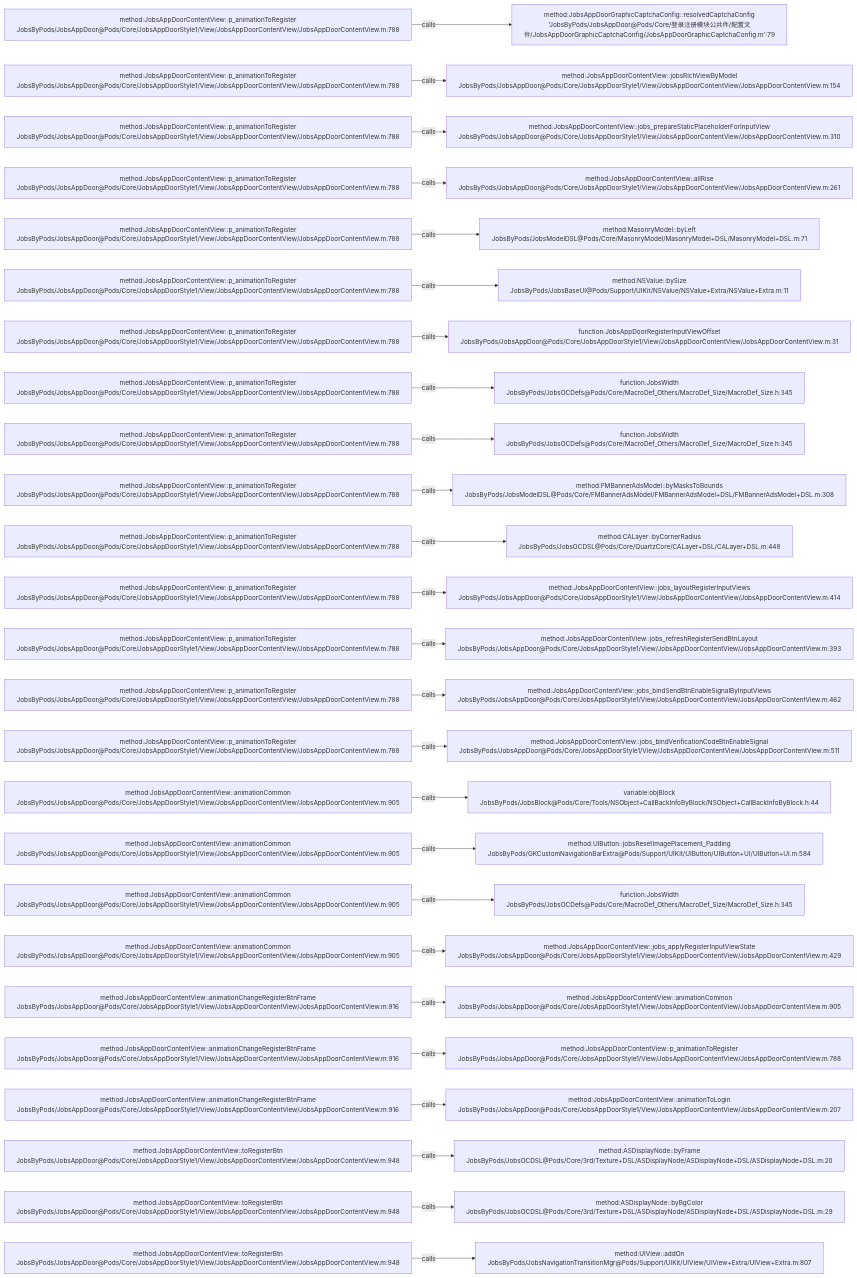
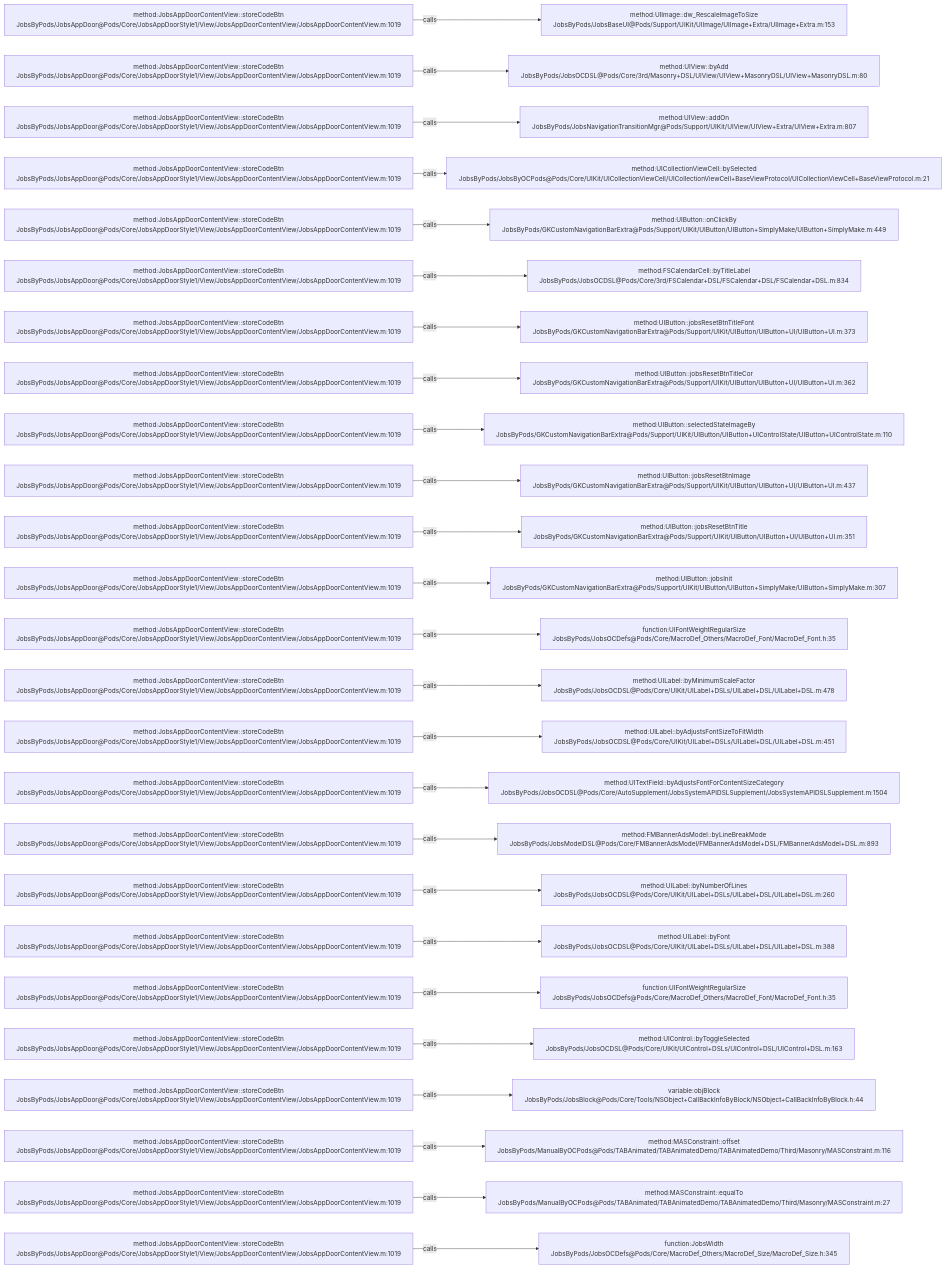
The diagram in .codegraph/codegraph.md/graphs/calls-099.md (JobsKits/JobsOCBaseConfigDemo), drawn with Mermaid before and after one commit. The commit also changed 223 other files, not shown here.

````diff
--- a/.codegraph/codegraph.md/graphs/calls-099.md
+++ b/.codegraph/codegraph.md/graphs/calls-099.md
@@ -13,78 +13,78 @@
 ```mermaid
 flowchart LR
-  S1["method:JobsAppDoorContentView::p_animationToRegister<br/>JobsByPods/JobsAppDoor@Pods/Core/JobsAppDoorStyle1/View/JobsAppDoorContentView/JobsAppDoorContentView.m:788"]
-  T1["method:JobsAppDoorGraphicCaptchaConfig::resolvedCaptchaConfig<br/>'JobsByPods/JobsAppDoor@Pods/Core/登录注册模块公共件/配置文件/JobsAppDoorGraphicCaptchaConfig/JobsAppDoorGraphicCaptchaConfig.m':79"]
+  S1["method:JobsAppDoorContentView::storeCodeBtn<br/>JobsByPods/JobsAppDoor@Pods/Core/JobsAppDoorStyle1/View/JobsAppDoorContentView/JobsAppDoorContentView.m:1019"]
+  T1["method:UIImage::dw_RescaleImageToSize<br/>JobsByPods/JobsBaseUI@Pods/Support/UIKit/UIImage/UIImage+Extra/UIImage+Extra.m:153"]
   S1 -->|calls| T1
-  S2["method:JobsAppDoorContentView::p_animationToRegister<br/>JobsByPods/JobsAppDoor@Pods/Core/JobsAppDoorStyle1/View/JobsAppDoorContentView/JobsAppDoorContentView.m:788"]
-  T2["method:JobsAppDoorContentView::jobsRichViewByModel<br/>JobsByPods/JobsAppDoor@Pods/Core/JobsAppDoorStyle1/View/JobsAppDoorContentView/JobsAppDoorContentView.m:154"]
+  S2["method:JobsAppDoorContentView::storeCodeBtn<br/>JobsByPods/JobsAppDoor@Pods/Core/JobsAppDoorStyle1/View/JobsAppDoorContentView/JobsAppDoorContentView.m:1019"]
+  T2["method:UIView::byAdd<br/>JobsByPods/JobsOCDSL@Pods/Core/3rd/Masonry+DSL/UIView/UIView+MasonryDSL/UIView+MasonryDSL.m:80"]
   S2 -->|calls| T2
-  S3["method:JobsAppDoorContentView::p_animationToRegister<br/>JobsByPods/JobsAppDoor@Pods/Core/JobsAppDoorStyle1/View/JobsAppDoorContentView/JobsAppDoorContentView.m:788"]
-  T3["method:JobsAppDoorContentView::jobs_prepareStaticPlaceholderForInputView<br/>JobsByPods/JobsAppDoor@Pods/Core/JobsAppDoorStyle1/View/JobsAppDoorContentView/JobsAppDoorContentView.m:310"]
+  S3["method:JobsAppDoorContentView::storeCodeBtn<br/>JobsByPods/JobsAppDoor@Pods/Core/JobsAppDoorStyle1/View/JobsAppDoorContentView/JobsAppDoorContentView.m:1019"]
+  T3["method:UIView::addOn<br/>JobsByPods/JobsNavigationTransitionMgr@Pods/Support/UIKit/UIView/UIView+Extra/UIView+Extra.m:807"]
   S3 -->|calls| T3
-  S4["method:JobsAppDoorContentView::p_animationToRegister<br/>JobsByPods/JobsAppDoor@Pods/Core/JobsAppDoorStyle1/View/JobsAppDoorContentView/JobsAppDoorContentView.m:788"]
-  T4["method:JobsAppDoorContentView::allRise<br/>JobsByPods/JobsAppDoor@Pods/Core/JobsAppDoorStyle1/View/JobsAppDoorContentView/JobsAppDoorContentView.m:261"]
+  S4["method:JobsAppDoorContentView::storeCodeBtn<br/>JobsByPods/JobsAppDoor@Pods/Core/JobsAppDoorStyle1/View/JobsAppDoorContentView/JobsAppDoorContentView.m:1019"]
+  T4["method:UICollectionViewCell::bySelected<br/>JobsByPods/JobsByOCPods@Pods/Core/UIKit/UICollectionViewCell/UICollectionViewCell+BaseViewProtocol/UICollectionViewCell+BaseViewProtocol.m:21"]
   S4 -->|calls| T4
-  S5["method:JobsAppDoorContentView::p_animationToRegister<br/>JobsByPods/JobsAppDoor@Pods/Core/JobsAppDoorStyle1/View/JobsAppDoorContentView/JobsAppDoorContentView.m:788"]
-  T5["method:MasonryModel::byLeft<br/>JobsByPods/JobsModelDSL@Pods/Core/MasonryModel/MasonryModel+DSL/MasonryModel+DSL.m:71"]
+  S5["method:JobsAppDoorContentView::storeCodeBtn<br/>JobsByPods/JobsAppDoor@Pods/Core/JobsAppDoorStyle1/View/JobsAppDoorContentView/JobsAppDoorContentView.m:1019"]
+  T5["method:UIButton::onClickBy<br/>JobsByPods/GKCustomNavigationBarExtra@Pods/Support/UIKit/UIButton/UIButton+SimplyMake/UIButton+SimplyMake.m:449"]
   S5 -->|calls| T5
-  S6["method:JobsAppDoorContentView::p_animationToRegister<br/>JobsByPods/JobsAppDoor@Pods/Core/JobsAppDoorStyle1/View/JobsAppDoorContentView/JobsAppDoorContentView.m:788"]
-  T6["method:NSValue::bySize<br/>JobsByPods/JobsBaseUI@Pods/Support/UIKit/NSValue/NSValue+Extra/NSValue+Extra.m:11"]
+  S6["method:JobsAppDoorContentView::storeCodeBtn<br/>JobsByPods/JobsAppDoor@Pods/Core/JobsAppDoorStyle1/View/JobsAppDoorContentView/JobsAppDoorContentView.m:1019"]
+  T6["method:FSCalendarCell::byTitleLabel<br/>JobsByPods/JobsOCDSL@Pods/Core/3rd/FSCalendar+DSL/FSCalendar+DSL/FSCalendar+DSL.m:834"]
   S6 -->|calls| T6
-  S7["method:JobsAppDoorContentView::p_animationToRegister<br/>JobsByPods/JobsAppDoor@Pods/Core/JobsAppDoorStyle1/View/JobsAppDoorContentView/JobsAppDoorContentView.m:788"]
-  T7["function:JobsAppDoorRegisterInputViewOffset<br/>JobsByPods/JobsAppDoor@Pods/Core/JobsAppDoorStyle1/View/JobsAppDoorContentView/JobsAppDoorContentView.m:31"]
+  S7["method:JobsAppDoorContentView::storeCodeBtn<br/>JobsByPods/JobsAppDoor@Pods/Core/JobsAppDoorStyle1/View/JobsAppDoorContentView/JobsAppDoorContentView.m:1019"]
+  T7["method:UIButton::jobsResetBtnTitleFont<br/>JobsByPods/GKCustomNavigationBarExtra@Pods/Support/UIKit/UIButton/UIButton+UI/UIButton+UI.m:373"]
   S7 -->|calls| T7
-  S8["method:JobsAppDoorContentView::p_animationToRegister<br/>JobsByPods/JobsAppDoor@Pods/Core/JobsAppDoorStyle1/View/JobsAppDoorContentView/JobsAppDoorContentView.m:788"]
-  T8["function:JobsWidth<br/>JobsByPods/JobsOCDefs@Pods/Core/MacroDef_Others/MacroDef_Size/MacroDef_Size.h:345"]
+  S8["method:JobsAppDoorContentView::storeCodeBtn<br/>JobsByPods/JobsAppDoor@Pods/Core/JobsAppDoorStyle1/View/JobsAppDoorContentView/JobsAppDoorContentView.m:1019"]
+  T8["method:UIButton::jobsResetBtnTitleCor<br/>JobsByPods/GKCustomNavigationBarExtra@Pods/Support/UIKit/UIButton/UIButton+UI/UIButton+UI.m:362"]
   S8 -->|calls| T8
-  S9["method:JobsAppDoorContentView::p_animationToRegister<br/>JobsByPods/JobsAppDoor@Pods/Core/JobsAppDoorStyle1/View/JobsAppDoorContentView/JobsAppDoorContentView.m:788"]
-  T9["function:JobsWidth<br/>JobsByPods/JobsOCDefs@Pods/Core/MacroDef_Others/MacroDef_Size/MacroDef_Size.h:345"]
+  S9["method:JobsAppDoorContentView::storeCodeBtn<br/>JobsByPods/JobsAppDoor@Pods/Core/JobsAppDoorStyle1/View/JobsAppDoorContentView/JobsAppDoorContentView.m:1019"]
+  T9["method:UIButton::selectedStateImageBy<br/>JobsByPods/GKCustomNavigationBarExtra@Pods/Support/UIKit/UIButton/UIButton+UIControlState/UIButton+UIControlState.m:110"]
   S9 -->|calls| T9
-  S10["method:JobsAppDoorContentView::p_animationToRegister<br/>JobsByPods/JobsAppDoor@Pods/Core/JobsAppDoorStyle1/View/JobsAppDoorContentView/JobsAppDoorContentView.m:788"]
-  T10["method:FMBannerAdsModel::byMasksToBounds<br/>JobsByPods/JobsModelDSL@Pods/Core/FMBannerAdsModel/FMBannerAdsModel+DSL/FMBannerAdsModel+DSL.m:308"]
+  S10["method:JobsAppDoorContentView::storeCodeBtn<br/>JobsByPods/JobsAppDoor@Pods/Core/JobsAppDoorStyle1/View/JobsAppDoorContentView/JobsAppDoorContentView.m:1019"]
+  T10["method:UIButton::jobsResetBtnImage<br/>JobsByPods/GKCustomNavigationBarExtra@Pods/Support/UIKit/UIButton/UIButton+UI/UIButton+UI.m:437"]
   S10 -->|calls| T10
-  S11["method:JobsAppDoorContentView::p_animationToRegister<br/>JobsByPods/JobsAppDoor@Pods/Core/JobsAppDoorStyle1/View/JobsAppDoorContentView/JobsAppDoorContentView.m:788"]
-  T11["method:CALayer::byCornerRadius<br/>JobsByPods/JobsOCDSL@Pods/Core/QuartzCore/CALayer+DSL/CALayer+DSL.m:448"]
+  S11["method:JobsAppDoorContentView::storeCodeBtn<br/>JobsByPods/JobsAppDoor@Pods/Core/JobsAppDoorStyle1/View/JobsAppDoorContentView/JobsAppDoorContentView.m:1019"]
+  T11["method:UIButton::jobsResetBtnTitle<br/>JobsByPods/GKCustomNavigationBarExtra@Pods/Support/UIKit/UIButton/UIButton+UI/UIButton+UI.m:351"]
   S11 -->|calls| T11
-  S12["method:JobsAppDoorContentView::p_animationToRegister<br/>JobsByPods/JobsAppDoor@Pods/Core/JobsAppDoorStyle1/View/JobsAppDoorContentView/JobsAppDoorContentView.m:788"]
-  T12["method:JobsAppDoorContentView::jobs_layoutRegisterInputViews<br/>JobsByPods/JobsAppDoor@Pods/Core/JobsAppDoorStyle1/View/JobsAppDoorContentView/JobsAppDoorContentView.m:414"]
+  S12["method:JobsAppDoorContentView::storeCodeBtn<br/>JobsByPods/JobsAppDoor@Pods/Core/JobsAppDoorStyle1/View/JobsAppDoorContentView/JobsAppDoorContentView.m:1019"]
+  T12["method:UIButton::jobsInit<br/>JobsByPods/GKCustomNavigationBarExtra@Pods/Support/UIKit/UIButton/UIButton+SimplyMake/UIButton+SimplyMake.m:307"]
   S12 -->|calls| T12
-  S13["method:JobsAppDoorContentView::p_animationToRegister<br/>JobsByPods/JobsAppDoor@Pods/Core/JobsAppDoorStyle1/View/JobsAppDoorContentView/JobsAppDoorContentView.m:788"]
-  T13["method:JobsAppDoorContentView::jobs_refreshRegisterSendBtnLayout<br/>JobsByPods/JobsAppDoor@Pods/Core/JobsAppDoorStyle1/View/JobsAppDoorContentView/JobsAppDoorContentView.m:393"]
+  S13["method:JobsAppDoorContentView::storeCodeBtn<br/>JobsByPods/JobsAppDoor@Pods/Core/JobsAppDoorStyle1/View/JobsAppDoorContentView/JobsAppDoorContentView.m:1019"]
+  T13["function:UIFontWeightRegularSize<br/>JobsByPods/JobsOCDefs@Pods/Core/MacroDef_Others/MacroDef_Font/MacroDef_Font.h:35"]
   S13 -->|calls| T13
-  S14["method:JobsAppDoorContentView::p_animationToRegister<br/>JobsByPods/JobsAppDoor@Pods/Core/JobsAppDoorStyle1/View/JobsAppDoorContentView/JobsAppDoorContentView.m:788"]
-  T14["method:JobsAppDoorContentView::jobs_bindSendBtnEnableSignalByInputViews<br/>JobsByPods/JobsAppDoor@Pods/Core/JobsAppDoorStyle1/View/JobsAppDoorContentView/JobsAppDoorContentView.m:462"]
+  S14["method:JobsAppDoorContentView::storeCodeBtn<br/>JobsByPods/JobsAppDoor@Pods/Core/JobsAppDoorStyle1/View/JobsAppDoorContentView/JobsAppDoorContentView.m:1019"]
+  T14["method:UILabel::byMinimumScaleFactor<br/>JobsByPods/JobsOCDSL@Pods/Core/UIKit/UILabel+DSLs/UILabel+DSL/UILabel+DSL.m:478"]
   S14 -->|calls| T14
-  S15["method:JobsAppDoorContentView::p_animationToRegister<br/>JobsByPods/JobsAppDoor@Pods/Core/JobsAppDoorStyle1/View/JobsAppDoorContentView/JobsAppDoorContentView.m:788"]
-  T15["method:JobsAppDoorContentView::jobs_bindVerificationCodeBtnEnableSignal<br/>JobsByPods/JobsAppDoor@Pods/Core/JobsAppDoorStyle1/View/JobsAppDoorContentView/JobsAppDoorContentView.m:511"]
+  S15["method:JobsAppDoorContentView::storeCodeBtn<br/>JobsByPods/JobsAppDoor@Pods/Core/JobsAppDoorStyle1/View/JobsAppDoorContentView/JobsAppDoorContentView.m:1019"]
+  T15["method:UILabel::byAdjustsFontSizeToFitWidth<br/>JobsByPods/JobsOCDSL@Pods/Core/UIKit/UILabel+DSLs/UILabel+DSL/UILabel+DSL.m:451"]
   S15 -->|calls| T15
-  S16["method:JobsAppDoorContentView::animationCommon<br/>JobsByPods/JobsAppDoor@Pods/Core/JobsAppDoorStyle1/View/JobsAppDoorContentView/JobsAppDoorContentView.m:905"]
-  T16["variable:objBlock<br/>JobsByPods/JobsBlock@Pods/Core/Tools/NSObject+CallBackInfoByBlock/NSObject+CallBackInfoByBlock.h:44"]
+  S16["method:JobsAppDoorContentView::storeCodeBtn<br/>JobsByPods/JobsAppDoor@Pods/Core/JobsAppDoorStyle1/View/JobsAppDoorContentView/JobsAppDoorContentView.m:1019"]
+  T16["method:UITextField::byAdjustsFontForContentSizeCategory<br/>JobsByPods/JobsOCDSL@Pods/Core/AutoSupplement/JobsSystemAPIDSLSupplement/JobsSystemAPIDSLSupplement.m:1504"]
   S16 -->|calls| T16
-  S17["method:JobsAppDoorContentView::animationCommon<br/>JobsByPods/JobsAppDoor@Pods/Core/JobsAppDoorStyle1/View/JobsAppDoorContentView/JobsAppDoorContentView.m:905"]
-  T17["method:UIButton::jobsResetImagePlacement_Padding<br/>JobsByPods/GKCustomNavigationBarExtra@Pods/Support/UIKit/UIButton/UIButton+UI/UIButton+UI.m:584"]
+  S17["method:JobsAppDoorContentView::storeCodeBtn<br/>JobsByPods/JobsAppDoor@Pods/Core/JobsAppDoorStyle1/View/JobsAppDoorContentView/JobsAppDoorContentView.m:1019"]
+  T17["method:FMBannerAdsModel::byLineBreakMode<br/>JobsByPods/JobsModelDSL@Pods/Core/FMBannerAdsModel/FMBannerAdsModel+DSL/FMBannerAdsModel+DSL.m:893"]
   S17 -->|calls| T17
-  S18["method:JobsAppDoorContentView::animationCommon<br/>JobsByPods/JobsAppDoor@Pods/Core/JobsAppDoorStyle1/View/JobsAppDoorContentView/JobsAppDoorContentView.m:905"]
-  T18["function:JobsWidth<br/>JobsByPods/JobsOCDefs@Pods/Core/MacroDef_Others/MacroDef_Size/MacroDef_Size.h:345"]
+  S18["method:JobsAppDoorContentView::storeCodeBtn<br/>JobsByPods/JobsAppDoor@Pods/Core/JobsAppDoorStyle1/View/JobsAppDoorContentView/JobsAppDoorContentView.m:1019"]
+  T18["method:UILabel::byNumberOfLines<br/>JobsByPods/JobsOCDSL@Pods/Core/UIKit/UILabel+DSLs/UILabel+DSL/UILabel+DSL.m:260"]
   S18 -->|calls| T18
-  S19["method:JobsAppDoorContentView::animationCommon<br/>JobsByPods/JobsAppDoor@Pods/Core/JobsAppDoorStyle1/View/JobsAppDoorContentView/JobsAppDoorContentView.m:905"]
-  T19["method:JobsAppDoorContentView::jobs_applyRegisterInputViewState<br/>JobsByPods/JobsAppDoor@Pods/Core/JobsAppDoorStyle1/View/JobsAppDoorContentView/JobsAppDoorContentView.m:429"]
+  S19["method:JobsAppDoorContentView::storeCodeBtn<br/>JobsByPods/JobsAppDoor@Pods/Core/JobsAppDoorStyle1/View/JobsAppDoorContentView/JobsAppDoorContentView.m:1019"]
+  T19["method:UILabel::byFont<br/>JobsByPods/JobsOCDSL@Pods/Core/UIKit/UILabel+DSLs/UILabel+DSL/UILabel+DSL.m:388"]
   S19 -->|calls| T19
-  S20["method:JobsAppDoorContentView::animationChangeRegisterBtnFrame<br/>JobsByPods/JobsAppDoor@Pods/Core/JobsAppDoorStyle1/View/JobsAppDoorContentView/JobsAppDoorContentView.m:916"]
-  T20["method:JobsAppDoorContentView::animationCommon<br/>JobsByPods/JobsAppDoor@Pods/Core/JobsAppDoorStyle1/View/JobsAppDoorContentView/JobsAppDoorContentView.m:905"]
+  S20["method:JobsAppDoorContentView::storeCodeBtn<br/>JobsByPods/JobsAppDoor@Pods/Core/JobsAppDoorStyle1/View/JobsAppDoorContentView/JobsAppDoorContentView.m:1019"]
+  T20["function:UIFontWeightRegularSize<br/>JobsByPods/JobsOCDefs@Pods/Core/MacroDef_Others/MacroDef_Font/MacroDef_Font.h:35"]
   S20 -->|calls| T20
-  S21["method:JobsAppDoorContentView::animationChangeRegisterBtnFrame<br/>JobsByPods/JobsAppDoor@Pods/Core/JobsAppDoorStyle1/View/JobsAppDoorContentView/JobsAppDoorContentView.m:916"]
-  T21["method:JobsAppDoorContentView::p_animationToRegister<br/>JobsByPods/JobsAppDoor@Pods/Core/JobsAppDoorStyle1/View/JobsAppDoorContentView/JobsAppDoorContentView.m:788"]
+  S21["method:JobsAppDoorContentView::storeCodeBtn<br/>JobsByPods/JobsAppDoor@Pods/Core/JobsAppDoorStyle1/View/JobsAppDoorContentView/JobsAppDoorContentView.m:1019"]
+  T21["method:UIControl::byToggleSelected<br/>JobsByPods/JobsOCDSL@Pods/Core/UIKit/UIControl+DSLs/UIControl+DSL/UIControl+DSL.m:163"]
   S21 -->|calls| T21
-  S22["method:JobsAppDoorContentView::animationChangeRegisterBtnFrame<br/>JobsByPods/JobsAppDoor@Pods/Core/JobsAppDoorStyle1/View/JobsAppDoorContentView/JobsAppDoorContentView.m:916"]
-  T22["method:JobsAppDoorContentView::animationToLogin<br/>JobsByPods/JobsAppDoor@Pods/Core/JobsAppDoorStyle1/View/JobsAppDoorContentView/JobsAppDoorContentView.m:207"]
+  S22["method:JobsAppDoorContentView::storeCodeBtn<br/>JobsByPods/JobsAppDoor@Pods/Core/JobsAppDoorStyle1/View/JobsAppDoorContentView/JobsAppDoorContentView.m:1019"]
+  T22["variable:objBlock<br/>JobsByPods/JobsBlock@Pods/Core/Tools/NSObject+CallBackInfoByBlock/NSObject+CallBackInfoByBlock.h:44"]
   S22 -->|calls| T22
-  S23["method:JobsAppDoorContentView::toRegisterBtn<br/>JobsByPods/JobsAppDoor@Pods/Core/JobsAppDoorStyle1/View/JobsAppDoorContentView/JobsAppDoorContentView.m:948"]
-  T23["method:ASDisplayNode::byFrame<br/>JobsByPods/JobsOCDSL@Pods/Core/3rd/Texture+DSL/ASDisplayNode/ASDisplayNode+DSL/ASDisplayNode+DSL.m:20"]
+  S23["method:JobsAppDoorContentView::storeCodeBtn<br/>JobsByPods/JobsAppDoor@Pods/Core/JobsAppDoorStyle1/View/JobsAppDoorContentView/JobsAppDoorContentView.m:1019"]
+  T23["method:MASConstraint::offset<br/>JobsByPods/ManualByOCPods@Pods/TABAnimated/TABAnimatedDemo/TABAnimatedDemo/Third/Masonry/MASConstraint.m:116"]
   S23 -->|calls| T23
-  S24["method:JobsAppDoorContentView::toRegisterBtn<br/>JobsByPods/JobsAppDoor@Pods/Core/JobsAppDoorStyle1/View/JobsAppDoorContentView/JobsAppDoorContentView.m:948"]
-  T24["method:ASDisplayNode::byBgColor<br/>JobsByPods/JobsOCDSL@Pods/Core/3rd/Texture+DSL/ASDisplayNode/ASDisplayNode+DSL/ASDisplayNode+DSL.m:29"]
+  S24["method:JobsAppDoorContentView::storeCodeBtn<br/>JobsByPods/JobsAppDoor@Pods/Core/JobsAppDoorStyle1/View/JobsAppDoorContentView/JobsAppDoorContentView.m:1019"]
+  T24["method:MASConstraint::equalTo<br/>JobsByPods/ManualByOCPods@Pods/TABAnimated/TABAnimatedDemo/TABAnimatedDemo/Third/Masonry/MASConstraint.m:27"]
   S24 -->|calls| T24
-  S25["method:JobsAppDoorContentView::toRegisterBtn<br/>JobsByPods/JobsAppDoor@Pods/Core/JobsAppDoorStyle1/View/JobsAppDoorContentView/JobsAppDoorContentView.m:948"]
-  T25["method:UIView::addOn<br/>JobsByPods/JobsNavigationTransitionMgr@Pods/Support/UIKit/UIView/UIView+Extra/UIView+Extra.m:807"]
+  S25["method:JobsAppDoorContentView::storeCodeBtn<br/>JobsByPods/JobsAppDoor@Pods/Core/JobsAppDoorStyle1/View/JobsAppDoorContentView/JobsAppDoorContentView.m:1019"]
+  T25["function:JobsWidth<br/>JobsByPods/JobsOCDefs@Pods/Core/MacroDef_Others/MacroDef_Size/MacroDef_Size.h:345"]
   S25 -->|calls| T25
 ```
````
